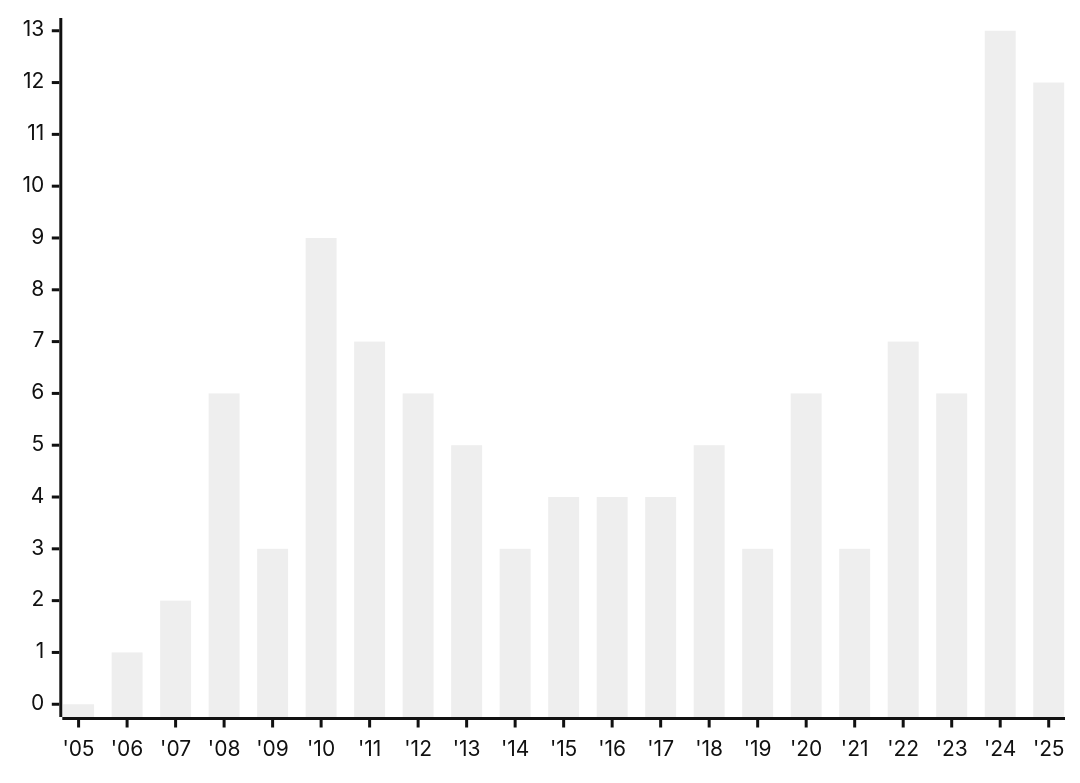
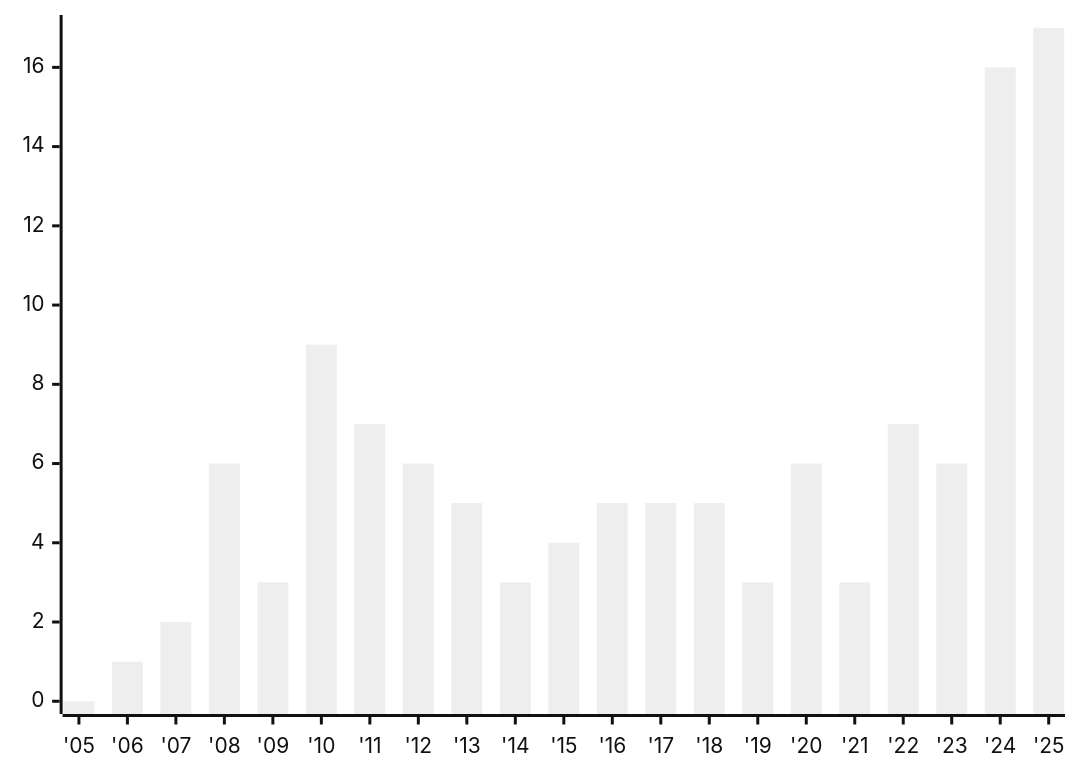
One commit to austrellum/navigator changed the second of 4 diagrams in index.stats.md. Above: the diagram before and after it, drawn with Mermaid (neutral theme). The commit also changed other lines of this file and 7 other files, not shown here.

````diff
--- a/index.stats.md
+++ b/index.stats.md
@@ -18,6 +18,6 @@
 ```mermaid
 xychart-beta
   x-axis ["'05","'06","'07","'08","'09","'10","'11","'12","'13","'14","'15","'16","'17","'18","'19","'20","'21","'22","'23","'24","'25"]
-  y-axis 0 --> 13
-  bar [0,1,2,6,3,9,7,6,5,3,4,4,4,5,3,6,3,7,6,13,12]
+  y-axis 0 --> 17
+  bar [0,1,2,6,3,9,7,6,5,3,4,5,5,5,3,6,3,7,6,16,17]
 ```
````
